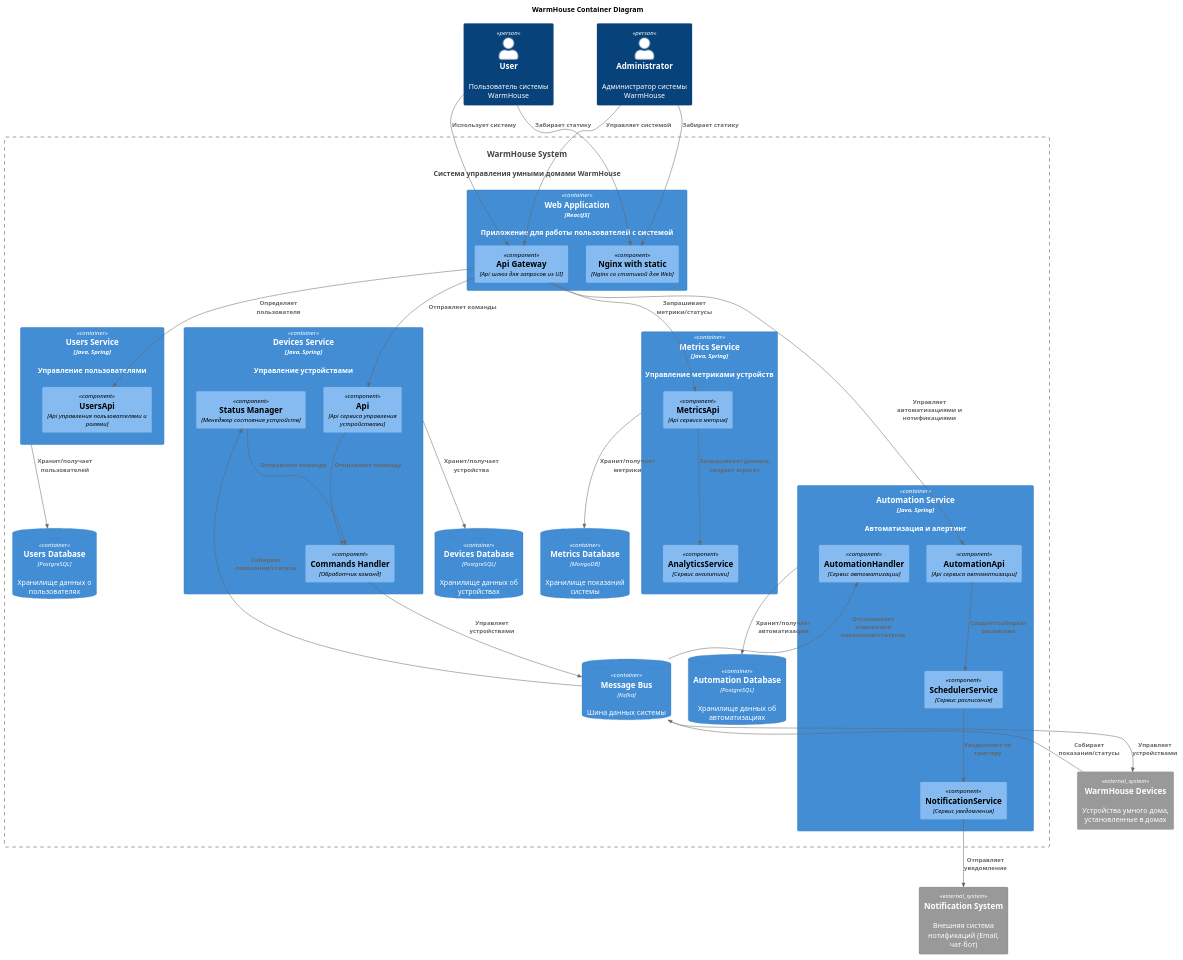
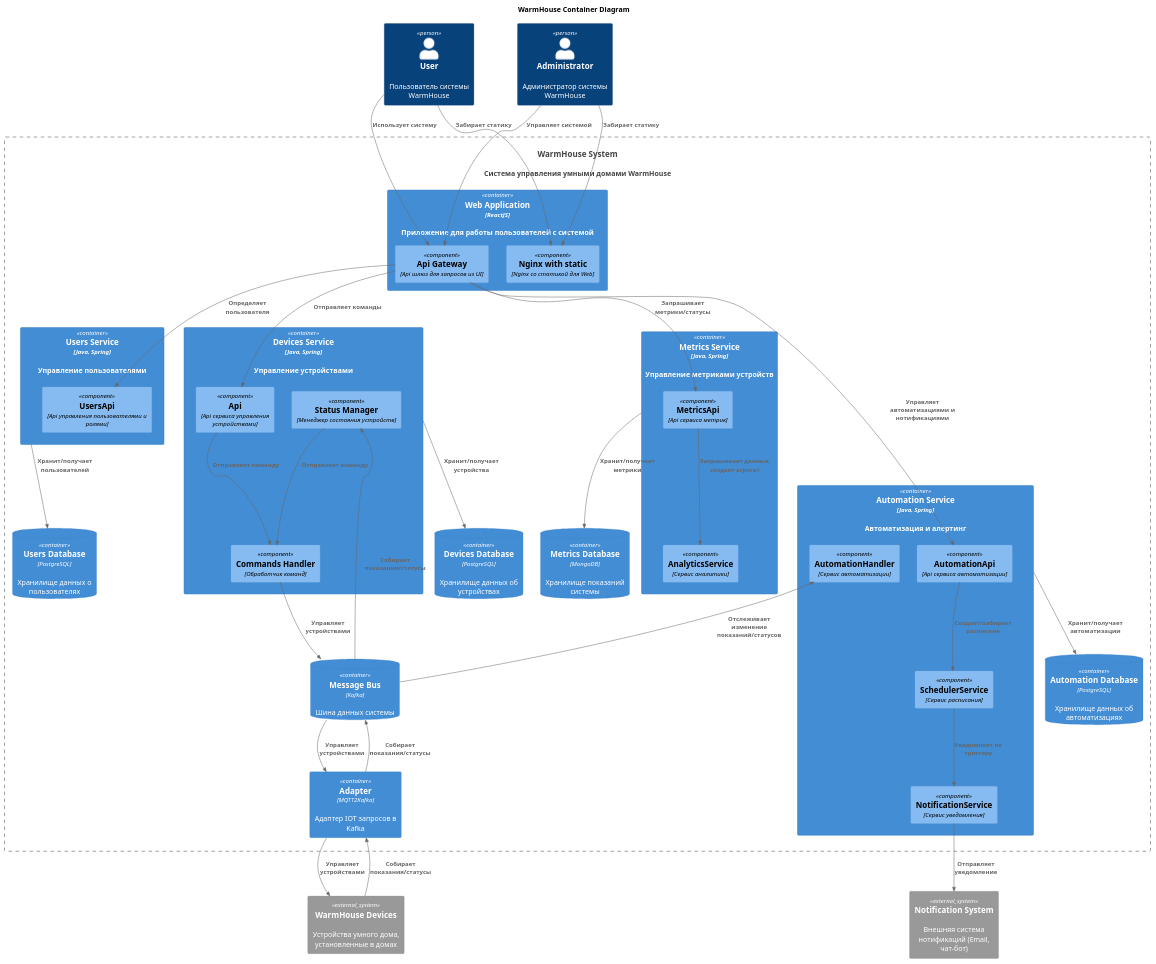
The diagram in diagrams/src/С4_сomponent.puml (SplattyOne/yandex-arch-sprint-3), drawn with PlantUML before and after one commit. The commit also changed 1 other file, not shown here.

Commit message:
fixes: added mqtttokafka adapter

```diff
--- a/diagrams/src/С4_сomponent.puml
+++ b/diagrams/src/С4_сomponent.puml
@@ -1,87 +1,90 @@
 @startuml C4_component
 title WarmHouse Container Diagram
 
 top to bottom direction
 
 !includeurl https://raw.githubusercontent.com/RicardoNiepel/C4-PlantUML/master/C4_Component.puml
 
 Person(User, "User", "Пользователь системы WarmHouse")
 Person(Admin, "Administrator", "Администратор системы WarmHouse")
 System(WarmHouseSystem, "WarmHouse System", "Система управления умными домами WarmHouse")
 System_Ext(NotificationSystem, "Notification System", "Внешняя система нотификаций (Email, чат-бот)")
 
 Container_Boundary(WarmHouseSystem, "WarmHouse System") {
   Container(WebApp, "Web Application", "ReactJS", "Приложение для работы пользователей с системой")
   Container(UsersService, "Users Service", "Java, Spring", "Управление пользователями")
   Container(DevicesService, "Devices Service", "Java, Spring", "Управление устройствами")
   Container(MetricsService, "Metrics Service", "Java, Spring", "Управление метриками устройств")
   Container(AutomationService, "Automation Service", "Java, Spring", "Автоматизация и алертинг")
   ContainerDb(UsersDatabase, "Users Database", "PostgreSQL", "Хранилище данных о пользователях")
   ContainerDb(DevicesDatabase, "Devices Database", "PostgreSQL", "Хранилище данных об устройствах")
   ContainerDb(MetricsDatabase, "Metrics Database", "MongoDB", "Хранилище показаний системы")
   ContainerDb(AutomationDatabase, "Automation Database", "PostgreSQL", "Хранилище данных об автоматизациях")
   ContainerDb(MessageBus, "Message Bus", "Kafka", "Шина данных системы")
+  Container(MQTT2KafkaAdapter, "Adapter", "MQTT2Kafka", "Адаптер IOT запросов в Kafka")
 }
 
 Container(WebApp, "Web Application", "ReactJS") {
   Component(ApiGW, "Api Gateway", "Api шлюз для запросов из UI")
   Component(Nginx, "Nginx with static", "Nginx со статикой для Web")
 }
 
 Container(UsersService, "Users Service", "Java, Spring") {
   Component(UsersApi, "UsersApi", "Api управления пользователями и ролями")
 }
 
 Container(DevicesService, "Devices Service", "Java, Spring") {
   Component(DevicesApi, "Api", "Api сервиса управления устройствами")
   Component(CommandsHandler, "Commands Handler", "Обработчик команд")
   Component(StatusManager, "Status Manager", "Менеджер состояния устройств")
 
   Rel(DevicesApi, CommandsHandler, "Отправляет команду")
   Rel(StatusManager, CommandsHandler, "Отправляет команду")
 }
 
 Container(MetricsService, "Metrics Service", "Java, Spring") {
   Component(MetricsApi, "MetricsApi", "Api сервиса метрик")
   Component(AnalyticsService, "AnalyticsService", "Сервис аналитики")
 
   Rel(MetricsApi, AnalyticsService, "Запрашивает данные, создает агрегат")
 }
 
 Container(AutomationService, "Automation Service", "Java, Spring") {
   Component(AutomationApi, "AutomationApi", "Api сервиса автоматизации")
   Component(SchedulerService, "SchedulerService", "Сервис расписания")
   Component(AutomationHandler, "AutomationHandler", "Сервис автоматизации")
   Component(NotificationService, "NotificationService", "Сервис уведомления")
 
   Rel(AutomationApi, SchedulerService, "Создает/забирает расписние")
   Rel(SchedulerService, NotificationService, "Уведомлеет по триггеру")
 }
 
 System_Ext(WarmHouseDevices, "WarmHouse Devices", "Устройства умного дома, установленные в домах")
 
 Rel_D(User, ApiGW, "Использует систему")
 Rel_D(Admin, ApiGW, "Управляет системой")
 Rel_D(User, Nginx, "Забирает статику")
 Rel_D(Admin, Nginx, "Забирает статику")
 
 Rel_D(ApiGW, UsersApi, "Определяет пользователя")
 Rel_D(ApiGW, DevicesApi, "Отправляет команды")
 Rel_D(ApiGW, MetricsApi, "Запрашивает метрики/статусы")
 Rel_D(ApiGW, AutomationApi, "Управляет автоматизациями и нотификациями")
 
 Rel_D(UsersService, UsersDatabase, "Хранит/получает пользователей")
 Rel_D(DevicesService, DevicesDatabase, "Хранит/получает устройства")
 Rel_D(AutomationService, AutomationDatabase, "Хранит/получает автоматизации")
 Rel_D(MetricsService, MetricsDatabase, "Хранит/получает метрики")
 
-Rel_U(WarmHouseDevices, MessageBus, "Собирает показания/статусы")
+Rel_U(WarmHouseDevices, MQTT2KafkaAdapter, "Собирает показания/статусы")
+Rel_U(MQTT2KafkaAdapter, MessageBus, "Собирает показания/статусы")
 Rel_U(MessageBus, StatusManager, "Собирает показания/статусы")
 Rel_U(MessageBus, AutomationHandler, "Отслеживает изменение показаний/статусов")
 Rel_D(CommandsHandler, MessageBus, "Управляет устройствами")
-Rel_D(MessageBus, WarmHouseDevices, "Управляет устройствами")
+Rel_D(MessageBus, MQTT2KafkaAdapter, "Управляет устройствами")
+Rel_D(MQTT2KafkaAdapter, WarmHouseDevices, "Управляет устройствами")
 
 Rel_D(NotificationService, NotificationSystem, "Отправляет уведомление")
 
 ' SHOW_LEGEND()
 @enduml
```
